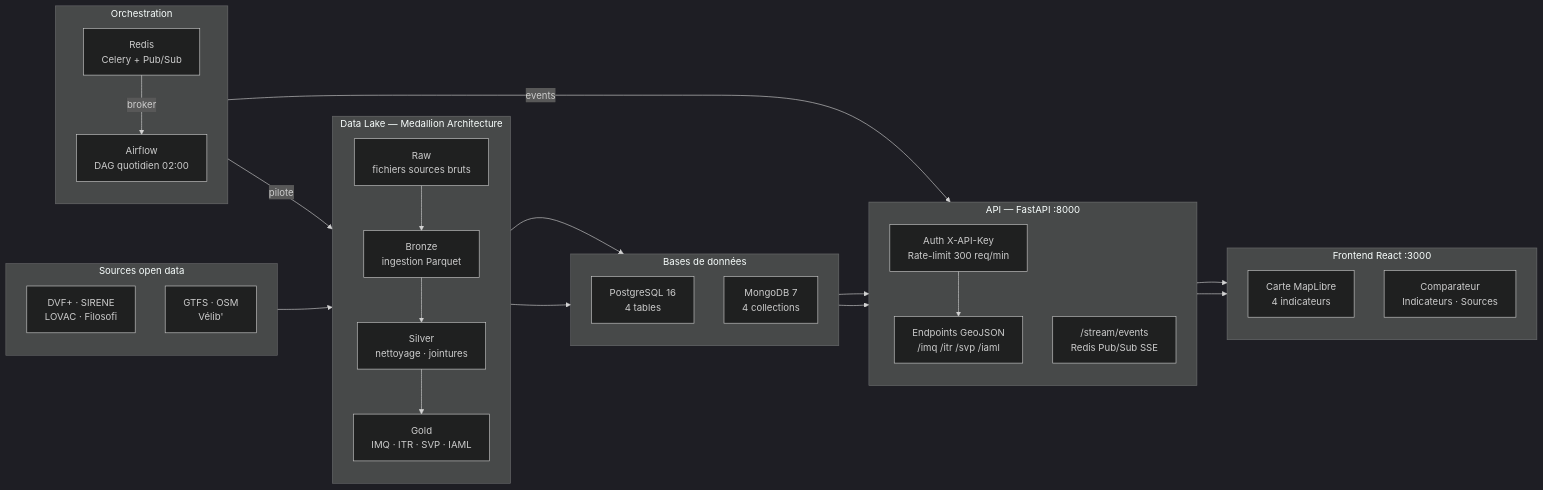
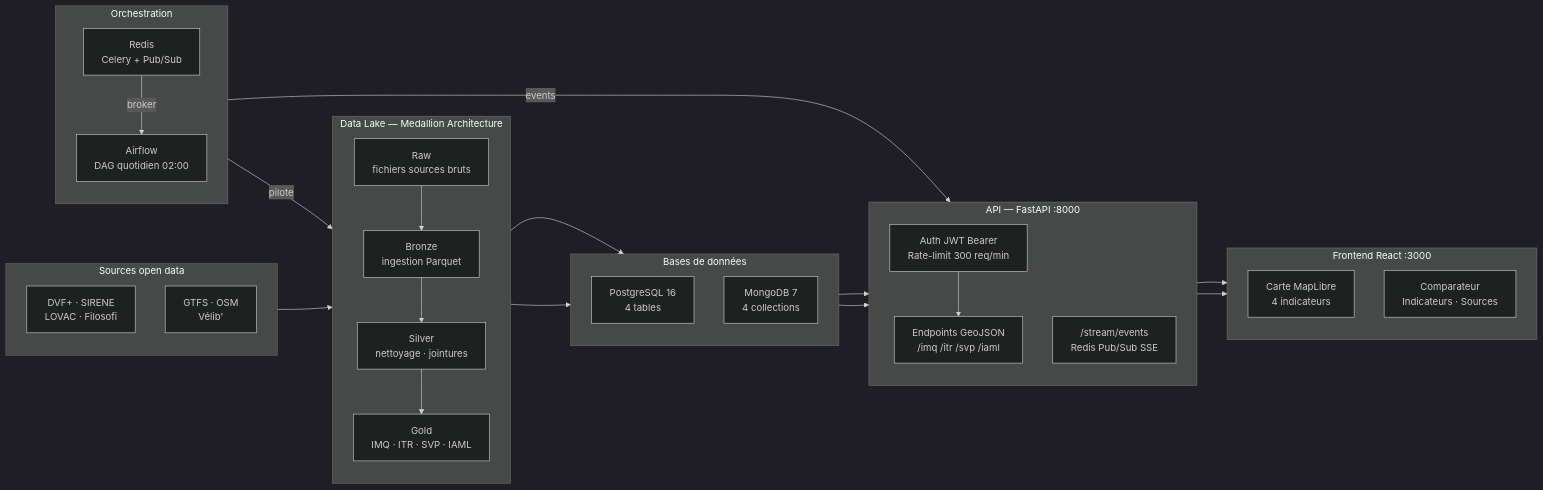
One commit to boucheramarouf/urban_data_explorer changed the first of 2 diagrams in README.md. Above: the diagram before and after it, drawn with Mermaid (dark theme). The commit also changed other lines of this file and 6 other files, not shown here.

````diff
--- a/README.md
+++ b/README.md
@@ -10,51 +10,51 @@
 ```mermaid
 flowchart LR
     subgraph SRC["Sources open data"]
         direction TB
         S1["DVF+ · SIRENE\nLOVAC · Filosofi"]
         S2["GTFS · OSM\nVélib'"]
     end
 
     subgraph LAKE["Data Lake — Medallion Architecture"]
         direction TB
         RAW["Raw\nfichiers sources bruts"]
         BRONZE["Bronze\ningestion Parquet"]
         SILVER["Silver\nnettoyage · jointures"]
         GOLD["Gold\nIMQ · ITR · SVP · IAML"]
         RAW --> BRONZE --> SILVER --> GOLD
     end
 
     subgraph STORE["Bases de données"]
         direction TB
         PG["PostgreSQL 16\n4 tables"]
         MONGO["MongoDB 7\n4 collections"]
     end
 
     subgraph BACKEND["API — FastAPI :8000"]
         direction TB
-        SEC["Auth X-API-Key\nRate-limit 300 req/min"]
+        SEC["Auth JWT Bearer\nRate-limit 300 req/min"]
         END["Endpoints GeoJSON\n/imq /itr /svp /iaml"]
         SSE["/stream/events\nRedis Pub/Sub SSE"]
         SEC --> END
     end
 
     subgraph FRONT["Frontend React :3000"]
         direction TB
         MAP["Carte MapLibre\n4 indicateurs"]
         PAGES["Comparateur\nIndicateurs · Sources"]
     end
 
     subgraph ORCH["Orchestration"]
         direction TB
         AF["Airflow\nDAG quotidien 02:00"]
         RD["Redis\nCelery + Pub/Sub"]
     end
 
     SRC --> RAW
     GOLD --> PG & MONGO
     PG & MONGO --> END
     END --> MAP & PAGES
     AF -- "pilote" --> LAKE
     RD -- "broker" --> AF
     RD -- "events" --> SSE
 ```
````
